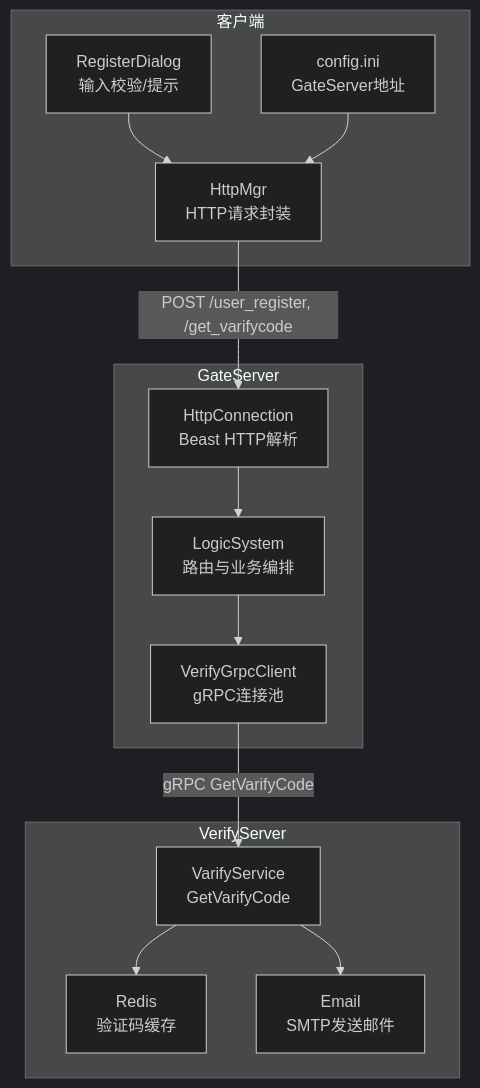
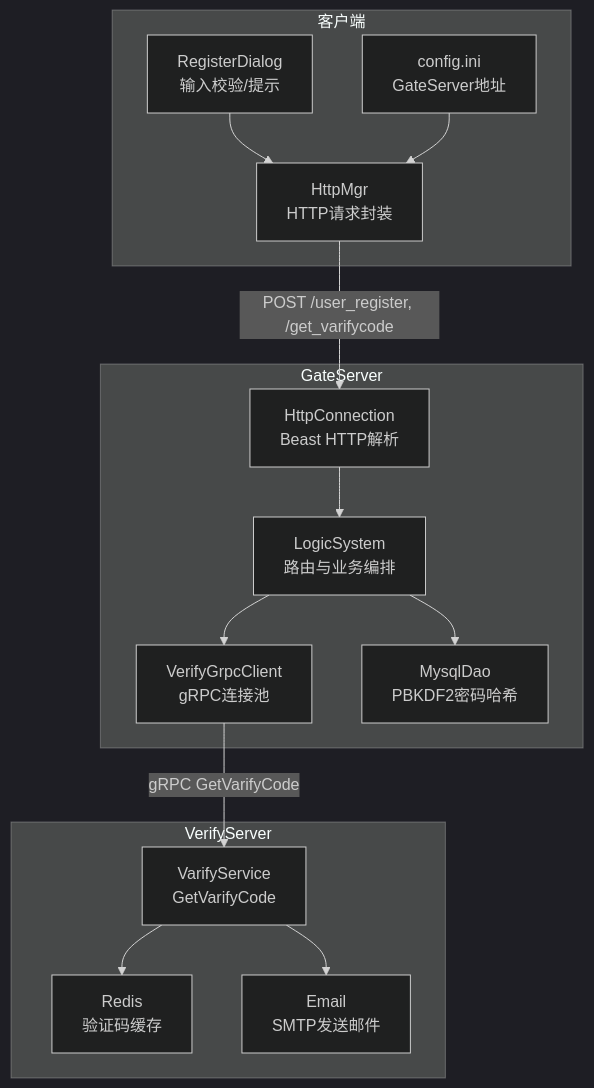
One commit to echo9923/mychatter changed the first of 8 diagrams in .qoder/repowiki/zh/content/核心功能模块/用户认证系统/用户注册功能.md. Above: the diagram before and after it, drawn with Mermaid (dark theme). The commit also changed other lines of this file and 58 other files, not shown here.

````diff
--- a/.qoder/repowiki/zh/content/核心功能模块/用户认证系统/用户注册功能.md
+++ b/.qoder/repowiki/zh/content/核心功能模块/用户认证系统/用户注册功能.md
@@ -42,26 +58,28 @@
 ```mermaid
 graph TB
 subgraph "客户端"
 UI["RegisterDialog<br/>输入校验/提示"]
 HTTP["HttpMgr<br/>HTTP请求封装"]
 CFG["config.ini<br/>GateServer地址"]
 end
 subgraph "GateServer"
 HTTP_CONN["HttpConnection<br/>Beast HTTP解析"]
 LOGIC["LogicSystem<br/>路由与业务编排"]
 GRPC_CLIENT["VerifyGrpcClient<br/>gRPC连接池"]
+DB["MysqlDao<br/>PBKDF2密码哈希"]
 end
 subgraph "VerifyServer"
 RPC["VarifyService<br/>GetVarifyCode"]
 REDIS["Redis<br/>验证码缓存"]
 EMAIL["Email<br/>SMTP发送邮件"]
 end
 UI --> HTTP
 HTTP --> |POST /user_register, /get_varifycode| HTTP_CONN
 HTTP_CONN --> LOGIC
 LOGIC --> GRPC_CLIENT
+LOGIC --> DB
 GRPC_CLIENT --> |gRPC GetVarifyCode| RPC
 RPC --> REDIS
 RPC --> EMAIL
 CFG --> HTTP
 ```
````
